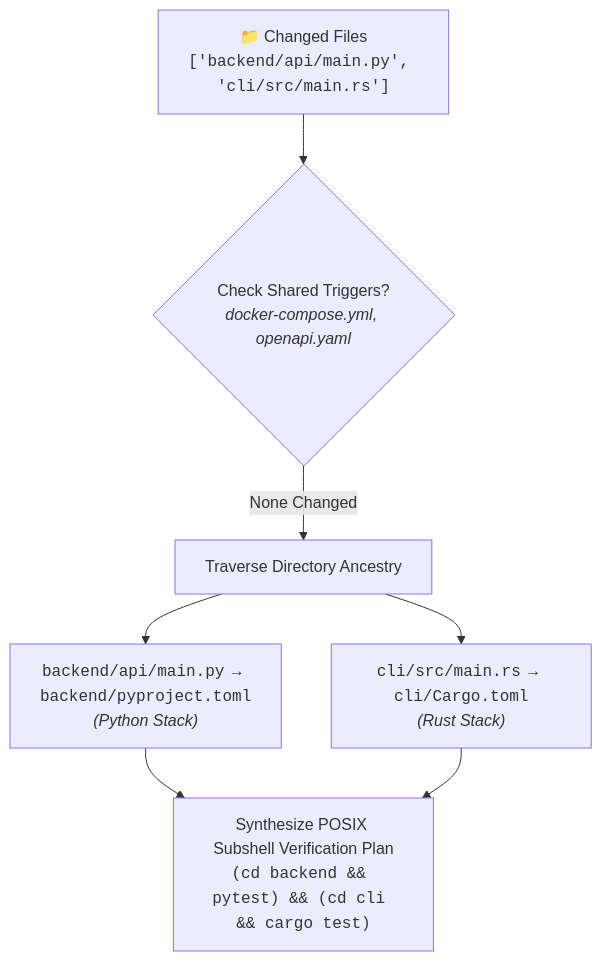
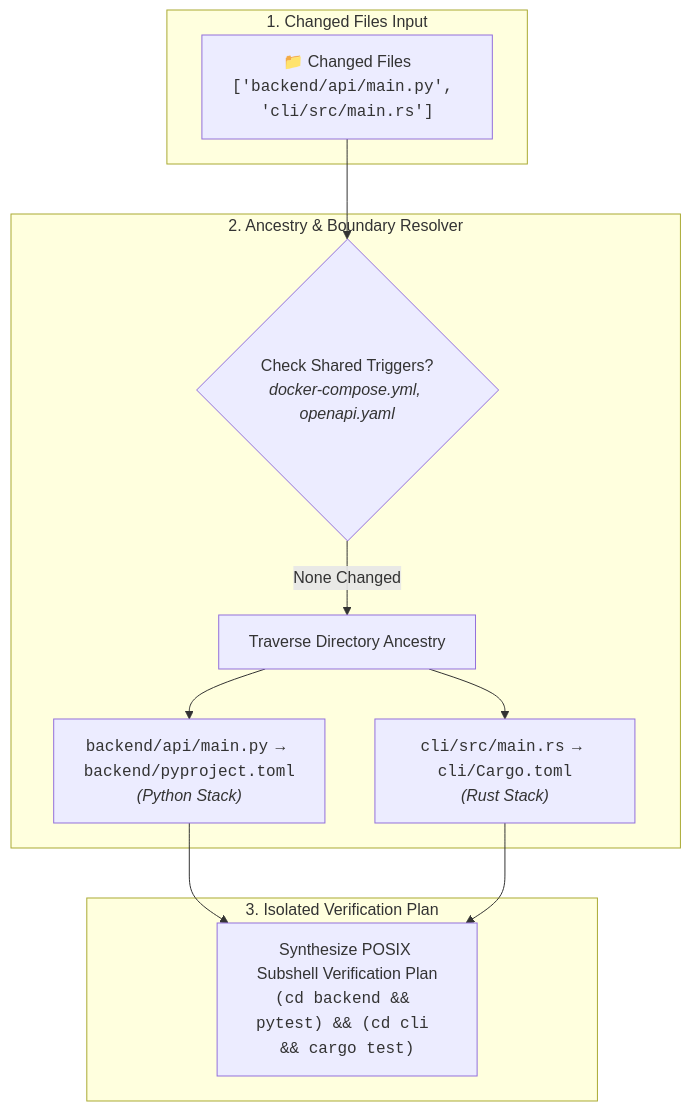
Before and after one commit to FullThrottle83/jules-orchestrator-kit: the second of 2 diagrams in README.md, drawn with Mermaid. The commit also changed other lines of this file, not shown here.

Commit message:
docs(readme): structure mermaid flowcharts into subgraphs and fix text truncation

````diff
--- a/README.md
+++ b/README.md
@@ -288,9 +297,18 @@
 ```mermaid
 flowchart TD
-    A["📁 Changed Files<br/><code>['backend/api/main.py', 'cli/src/main.rs']</code>"] --> B{"Check Shared Triggers?<br/><i>docker-compose.yml, openapi.yaml</i>"}
-    B -->|None Changed| C["Traverse Directory Ancestry"]
-    C --> D1["<code>backend/api/main.py</code> → <code>backend/pyproject.toml</code><br/><i>(Python Stack)</i>"]
-    C --> D2["<code>cli/src/main.rs</code> → <code>cli/Cargo.toml</code><br/><i>(Rust Stack)</i>"]
-    D1 --> E["Synthesize POSIX Subshell Verification Plan<br/><code>(cd backend && pytest) && (cd cli && cargo test)</code>"]
-    D2 --> E
+    subgraph Input ["1. Changed Files Input"]
+        A["📁 Changed Files<br/><code>['backend/api/main.py', 'cli/src/main.rs']</code>"]
+    end
+
+    subgraph Resolution ["2. Ancestry & Boundary Resolver"]
+        A --> B{"Check Shared Triggers?<br/><i>docker-compose.yml, openapi.yaml</i>"}
+        B -->|None Changed| C["Traverse Directory Ancestry"]
+        C --> D1["<code>backend/api/main.py</code> → <code>backend/pyproject.toml</code><br/><i>(Python Stack)</i>"]
+        C --> D2["<code>cli/src/main.rs</code> → <code>cli/Cargo.toml</code><br/><i>(Rust Stack)</i>"]
+    end
+
+    subgraph Output ["3. Isolated Verification Plan"]
+        D1 --> E["Synthesize POSIX Subshell Verification Plan<br/><code>(cd backend && pytest) && (cd cli && cargo test)</code>"]
+        D2 --> E
+    end
 ```
````
